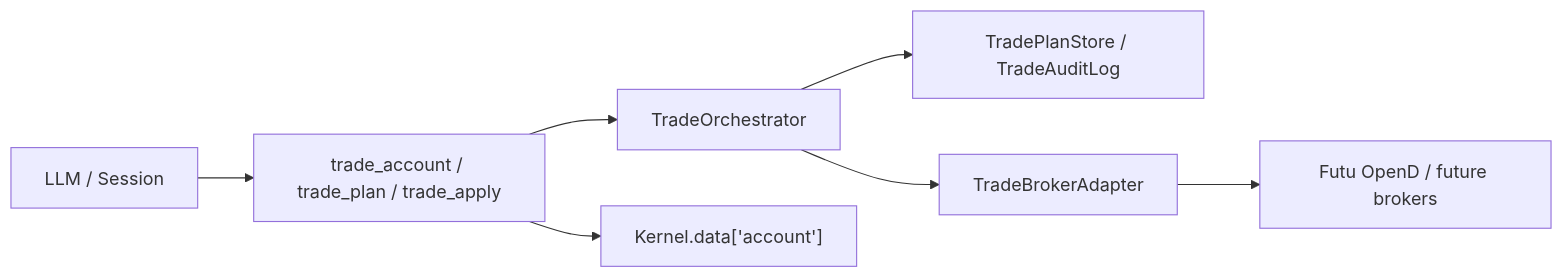
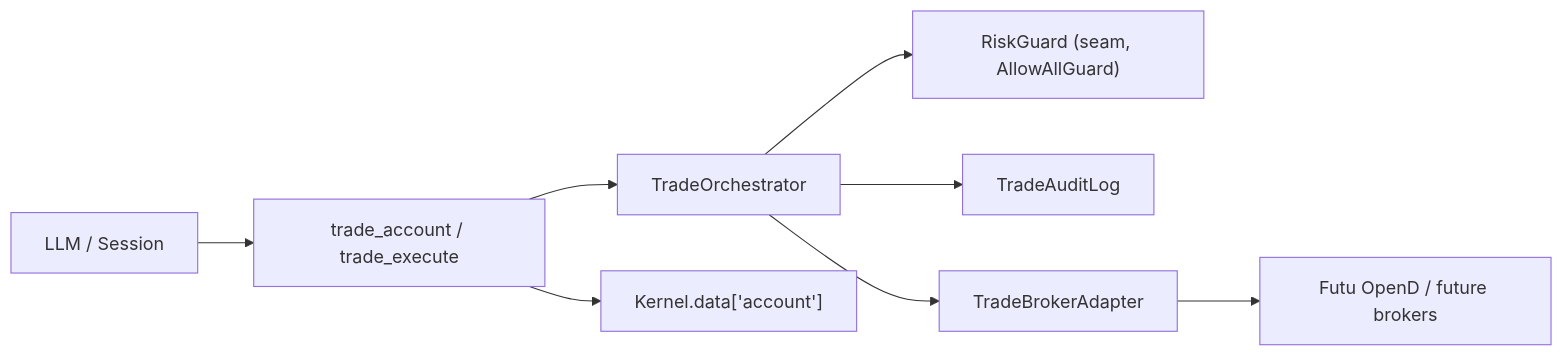
Before and after one commit to lyeka/agentic-bt: the diagram in docs/trading.md, drawn with Mermaid. The commit also changed other lines of this file and 26 other files, not shown here.

````diff
--- a/docs/trading.md
+++ b/docs/trading.md
@@ -26,9 +28,10 @@
 ```mermaid
 flowchart LR
-  LLM["LLM / Session"] --> Tools["trade_account / trade_plan / trade_apply"]
+  LLM["LLM / Session"] --> Tools["trade_account / trade_execute"]
   Tools --> Orch["TradeOrchestrator"]
-  Orch --> Store["TradePlanStore / TradeAuditLog"]
+  Orch --> Guard["RiskGuard (seam, AllowAllGuard)"]
+  Orch --> Audit["TradeAuditLog"]
   Orch --> Adapter["TradeBrokerAdapter"]
   Adapter --> Broker["Futu OpenD / future brokers"]
   Tools --> Kernel["Kernel.data['account']"]
 ```
````
